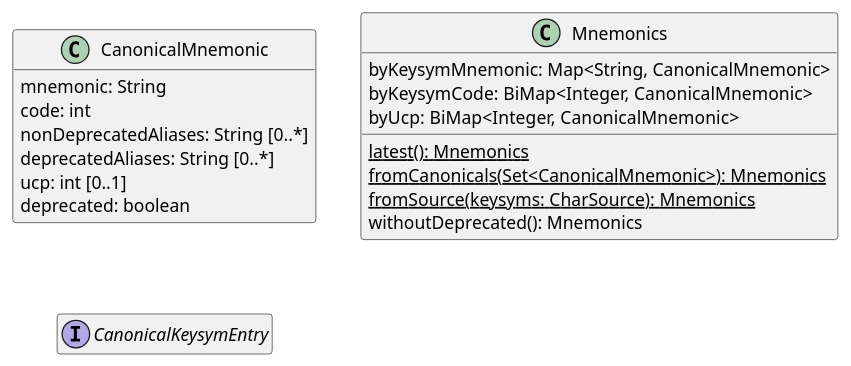
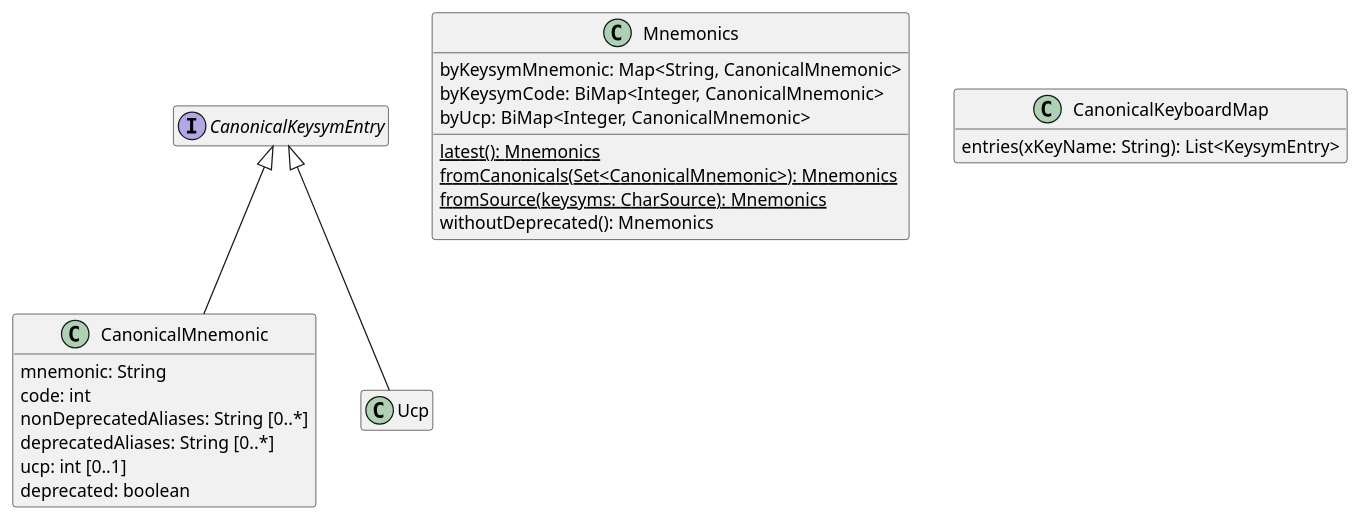
The diagram in Mnemonics.wsd (oliviercailloux/Keyboardd), drawn with PlantUML before and after one commit. The commit also changed 2 other files, not shown here.

```diff
--- a/Mnemonics.wsd
+++ b/Mnemonics.wsd
@@ -1,25 +1,31 @@
 @startuml Mnemonics
 hide empty members
 
 class "CanonicalMnemonic" {
   mnemonic: String
   code: int
   nonDeprecatedAliases: String [0..*]
   deprecatedAliases: String [0..*]
   ucp: int [0..1]
   deprecated: boolean
 }
 
 class "Mnemonics" {
   {static} latest(): Mnemonics
   {static} fromCanonicals(Set<CanonicalMnemonic>): Mnemonics
   {static} fromSource(keysyms: CharSource): Mnemonics
   byKeysymMnemonic: Map<String, CanonicalMnemonic>
   byKeysymCode: BiMap<Integer, CanonicalMnemonic>
   byUcp: BiMap<Integer, CanonicalMnemonic>
   withoutDeprecated(): Mnemonics
 }
 
 interface "CanonicalKeysymEntry" {}
+"CanonicalKeysymEntry" <|-- "CanonicalMnemonic"
+"CanonicalKeysymEntry" <|-- "Ucp"
+
+class "CanonicalKeyboardMap" {
+  entries(xKeyName: String): List<KeysymEntry>
+}
 
 @enduml
```
